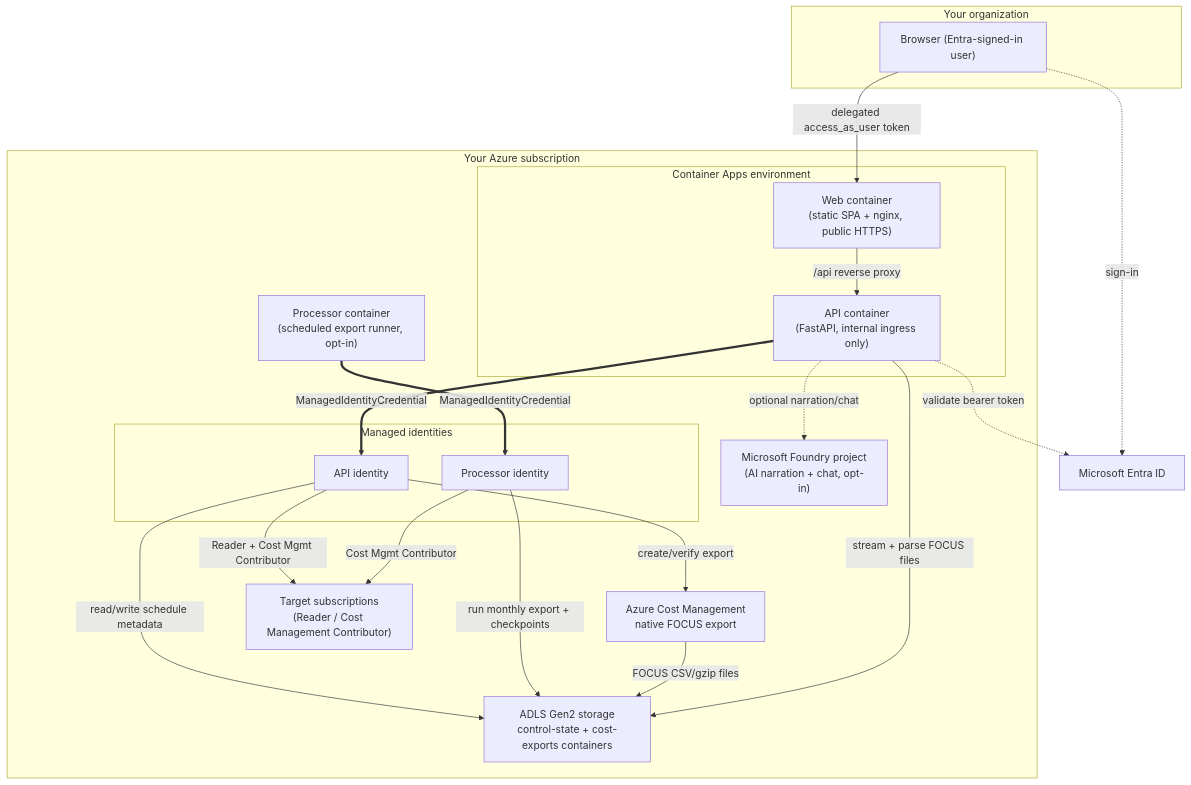
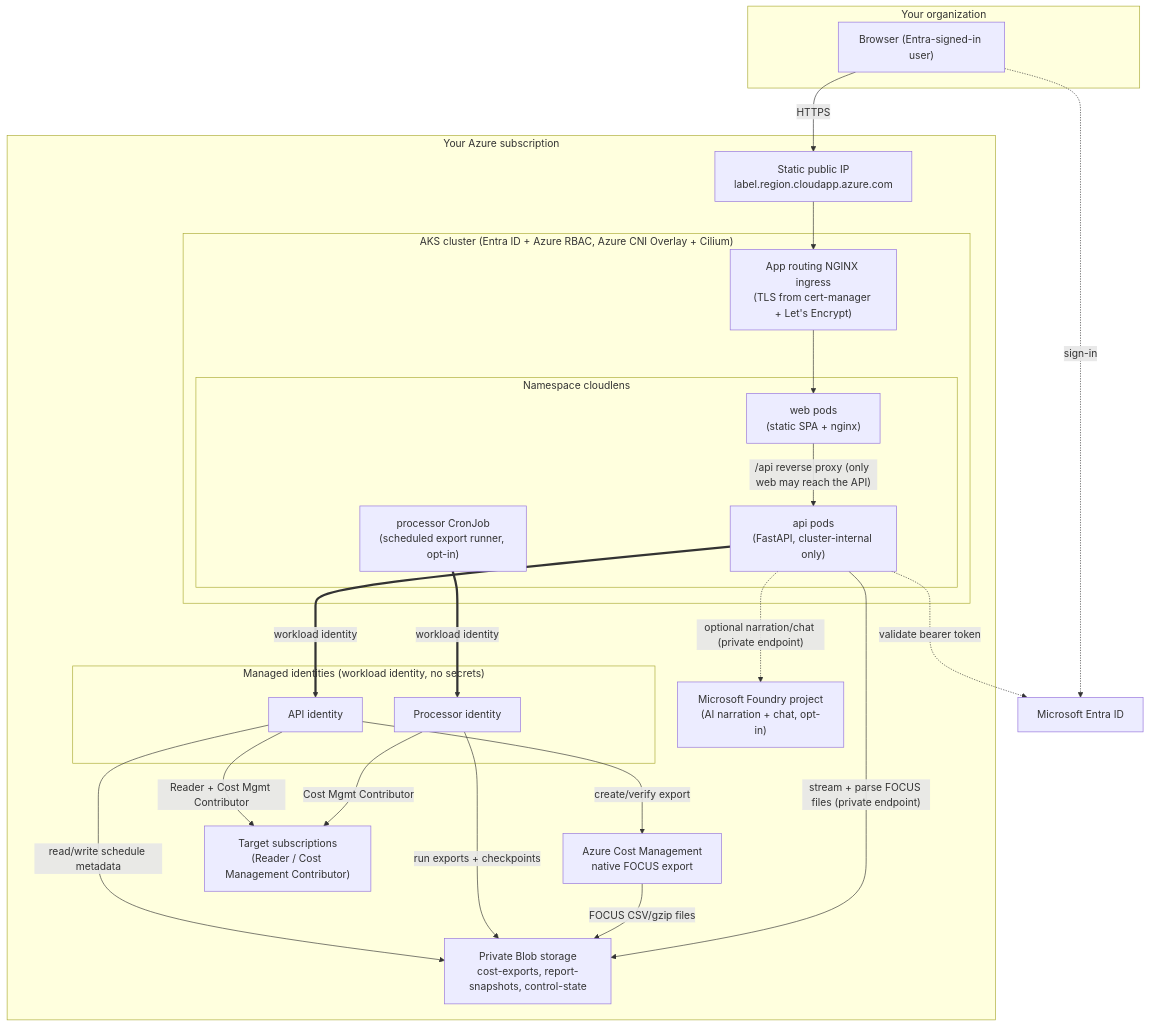
One commit to Saby007/CloudLens changed the diagram in README.md. Above: the diagram before and after it, drawn with Mermaid. The commit also changed other lines of this file and 55 other files, not shown here.

````diff
--- a/README.md
+++ b/README.md
@@ -31,41 +34,45 @@
 ```mermaid
 flowchart TB
     subgraph User["Your organization"]
         Browser["Browser (Entra-signed-in user)"]
     end
 
     subgraph Azure["Your Azure subscription"]
-        subgraph CAE["Container Apps environment"]
-            Web["Web container<br/>(static SPA + nginx, public HTTPS)"]
-            API["API container<br/>(FastAPI, internal ingress only)"]
+        PIP["Static public IP<br/>label.region.cloudapp.azure.com"]
+        subgraph AKS["AKS cluster (Entra ID + Azure RBAC, Azure CNI Overlay + Cilium)"]
+            Ingress["App routing NGINX ingress<br/>(TLS from cert-manager + Let's Encrypt)"]
+            subgraph NS["Namespace cloudlens"]
+                Web["web pods<br/>(static SPA + nginx)"]
+                API["api pods<br/>(FastAPI, cluster-internal only)"]
+                Processor["processor CronJob<br/>(scheduled export runner, opt-in)"]
+            end
         end
-        Processor["Processor container<br/>(scheduled export runner, opt-in)"]
 
-        subgraph Identities["Managed identities"]
+        subgraph Identities["Managed identities (workload identity, no secrets)"]
             ApiMI["API identity"]
             ProcMI["Processor identity"]
         end
 
-        ADLS["ADLS Gen2 storage<br/>control-state + cost-exports containers"]
+        Storage["Private Blob storage<br/>cost-exports, report-snapshots, control-state"]
         CM["Azure Cost Management<br/>native FOCUS export"]
         Foundry["Microsoft Foundry project<br/>(AI narration + chat, opt-in)"]
         Targets["Target subscriptions<br/>(Reader / Cost Management Contributor)"]
     end
 
     Entra["Microsoft Entra ID"]
 
-    Browser -- "delegated access_as_user token" --> Web
-    Web -- "/api reverse proxy" --> API
+    Browser -- "HTTPS" --> PIP --> Ingress --> Web
+    Web -- "/api reverse proxy (only web may reach the API)" --> API
     Browser -. "sign-in" .-> Entra
     API -. "validate bearer token" .-> Entra
-    API == "ManagedIdentityCredential" ==> ApiMI
+    API == "workload identity" ==> ApiMI
     ApiMI -- "Reader + Cost Mgmt Contributor" --> Targets
-    ApiMI -- "read/write schedule metadata" --> ADLS
+    ApiMI -- "read/write schedule metadata" --> Storage
     ApiMI -- "create/verify export" --> CM
-    Processor == "ManagedIdentityCredential" ==> ProcMI
+    Processor == "workload identity" ==> ProcMI
     ProcMI -- "Cost Mgmt Contributor" --> Targets
-    ProcMI -- "run monthly export + checkpoints" --> ADLS
-    CM -- "FOCUS CSV/gzip files" --> ADLS
-    API -- "stream + parse FOCUS files" --> ADLS
-    API -. "optional narration/chat" .-> Foundry
+    ProcMI -- "run exports + checkpoints" --> Storage
+    CM -- "FOCUS CSV/gzip files" --> Storage
+    API -- "stream + parse FOCUS files (private endpoint)" --> Storage
+    API -. "optional narration/chat (private endpoint)" .-> Foundry
 ```
````
